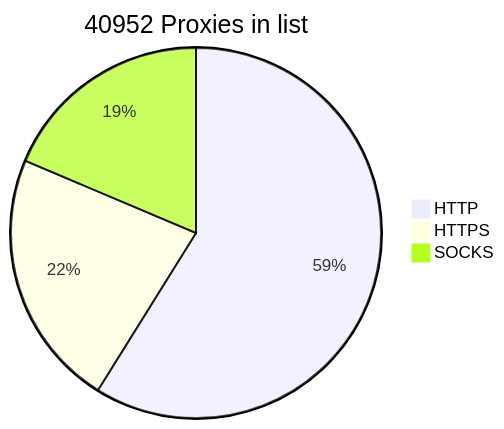
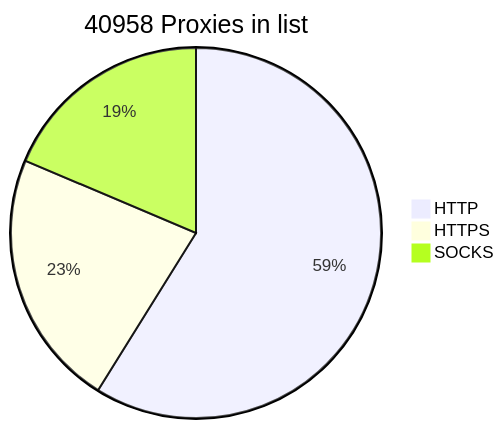
The diagram in README.md (BlackSnowDot/proxylist-update-every-minute), drawn with Mermaid before and after one commit.

````diff
--- a/README.md
+++ b/README.md
@@ -2,6 +2,6 @@
 ```mermaid
-pie title 40952 Proxies in list
-    "HTTP" : 28334
-    "HTTPS": 10827
+pie title 40958 Proxies in list
+    "HTTP" : 28336
+    "HTTPS": 10836
     "SOCKS" : 8965
 ```
````
